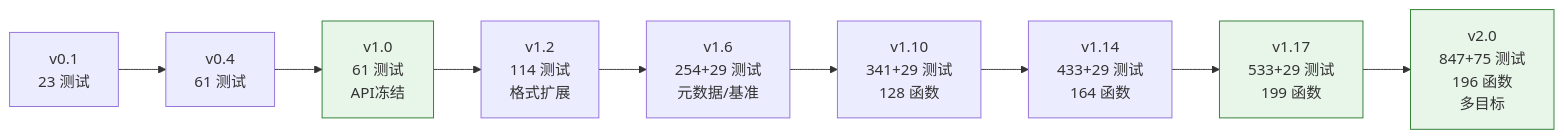
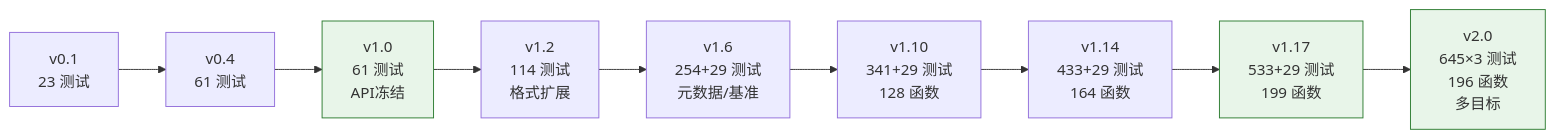
The second of 2 diagrams in docs/roadmap.md (toadium/stb-image), drawn with Mermaid before and after one commit. The commit also changed 196 other files, not shown here.

````diff
--- a/docs/roadmap.md
+++ b/docs/roadmap.md
@@ -48,14 +48,14 @@
 ```mermaid
 flowchart LR
     V01["v0.1<br/>23 测试"] --> V04["v0.4<br/>61 测试"]
     V04 --> V10["v1.0<br/>61 测试<br/>API冻结"]
     V10 --> V12["v1.2<br/>114 测试<br/>格式扩展"]
     V12 --> V16["v1.6<br/>254+29 测试<br/>元数据/基准"]
     V16 --> V110["v1.10<br/>341+29 测试<br/>128 函数"]
     V110 --> V114["v1.14<br/>433+29 测试<br/>164 函数"]
     V114 --> V117["v1.17<br/>533+29 测试<br/>199 函数"]
-    V117 --> V20["v2.0<br/>847+75 测试<br/>196 函数<br/>多目标"]
+    V117 --> V20["v2.0<br/>645×3 测试<br/>196 函数<br/>多目标"]
 
     classDef milestone fill:#e8f5e9,stroke:#2e7d32
     class V10,V117,V20 milestone
 ```
````
